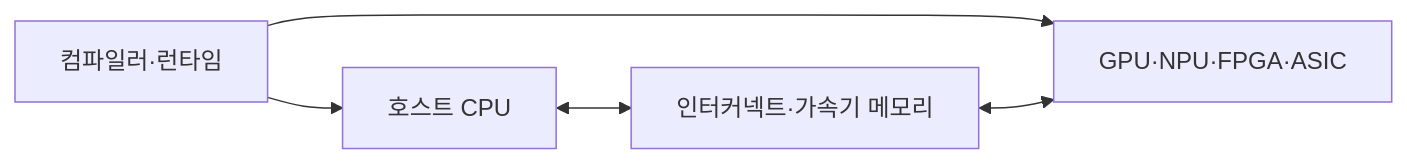
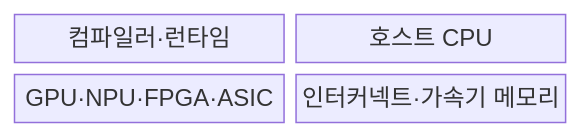
One commit to agnusdei1207/knowledge-base changed the first of 2 diagrams in src/content/docs/notes/02-hardware/046_ai_accelerator_comparison.md. Above: the diagram before and after it, drawn with Mermaid. The commit also changed other lines of this file and 20 other files, not shown here.

````diff
--- a/src/content/docs/notes/02-hardware/046_ai_accelerator_comparison.md
+++ b/src/content/docs/notes/02-hardware/046_ai_accelerator_comparison.md
@@ -67,7 +65,8 @@
 ```mermaid
-flowchart LR
-    C[컴파일러·런타임] --> H[호스트 CPU]
-    C --> A[GPU·NPU·FPGA·ASIC]
-    H <--> D[인터커넥트·가속기 메모리]
-    D <--> A
+block
+    columns 2
+    C["컴파일러·런타임"]
+    H["호스트 CPU"]
+    A["GPU·NPU·FPGA·ASIC"]
+    D["인터커넥트·가속기 메모리"]
 ```
````
